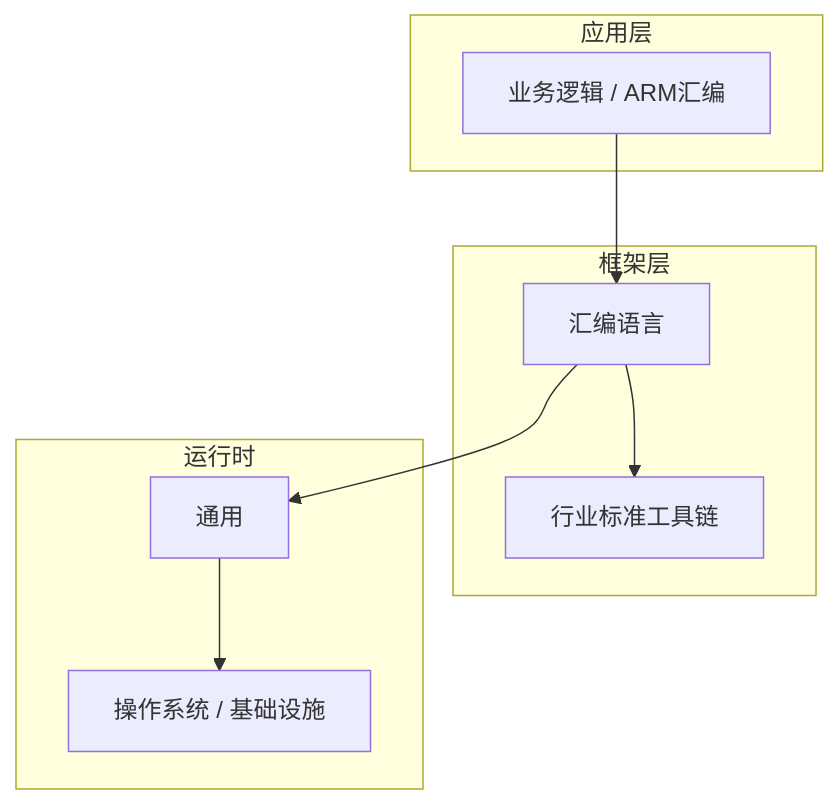
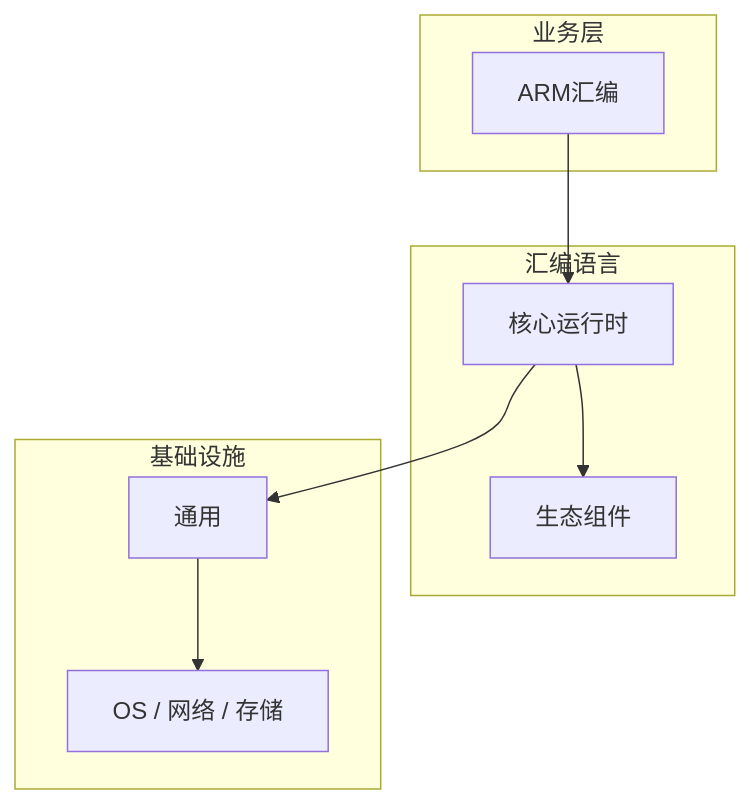
One commit to yanggan2015/knowledge-json-v2 changed the diagram in articles/汇编语言/chapters/065-ARM汇编核心概念与原理.md. Above: the diagram before and after it, drawn with Mermaid. The commit also changed other lines of this file and 10127 other files, not shown here.

````diff
--- a/articles/汇编语言/chapters/065-ARM汇编核心概念与原理.md
+++ b/articles/汇编语言/chapters/065-ARM汇编核心概念与原理.md
@@ -45,18 +34,18 @@
 ```mermaid
 graph TB
-    subgraph 应用层
-        A[业务逻辑 / ARM汇编]
+    subgraph 业务层
+        A[ARM汇编]
     end
-    subgraph 框架层
-        B[汇编语言]
-        C[行业标准工具链]
+    subgraph 汇编语言
+        B[核心运行时]
+        C[生态组件]
     end
-    subgraph 运行时
+    subgraph 基础设施
         D[通用]
-        E[操作系统 / 基础设施]
+        E[OS / 网络 / 存储]
     end
     A --> B
     B --> C
     B --> D
     D --> E
 ```
````
